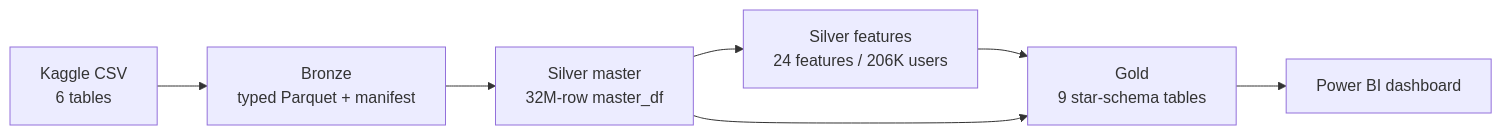
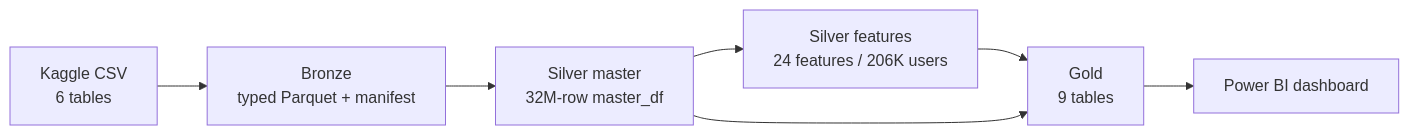
One commit to ngocbich13/retail-recommendation-system changed the diagram in README.md. Above: the diagram before and after it, drawn with Mermaid. The commit also changed other lines of this file, not shown here.

````diff
--- a/README.md
+++ b/README.md
@@ -13,9 +14,9 @@
 ```mermaid
 flowchart LR
     A[Kaggle CSV<br/>6 tables] --> B[Bronze<br/>typed Parquet + manifest]
     B --> C[Silver master<br/>32M-row master_df]
     C --> D[Silver features<br/>24 features / 206K users]
-    D --> E[Gold<br/>9 star-schema tables]
+    D --> E[Gold<br/>9 tables]
     C --> E
     E --> F[Power BI dashboard]
 ```
````
